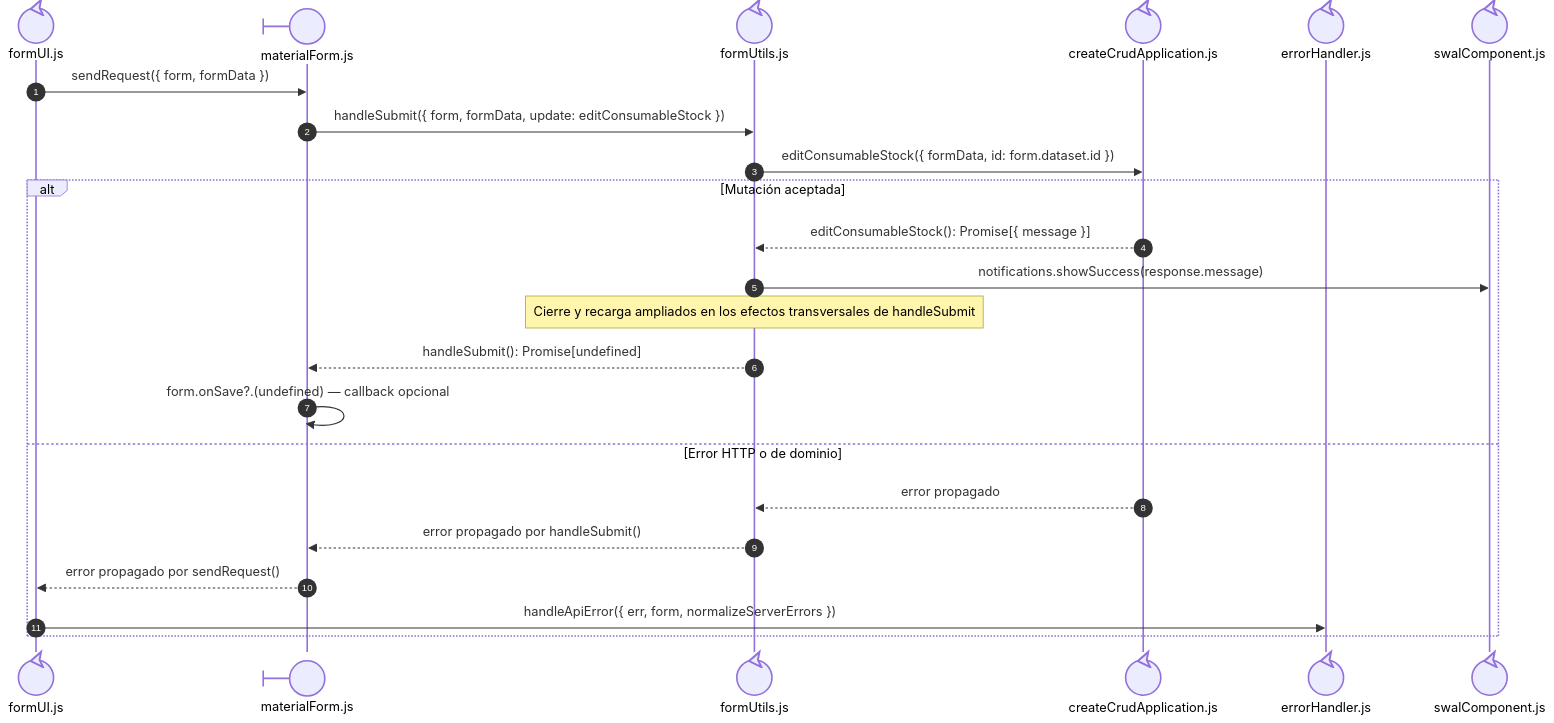
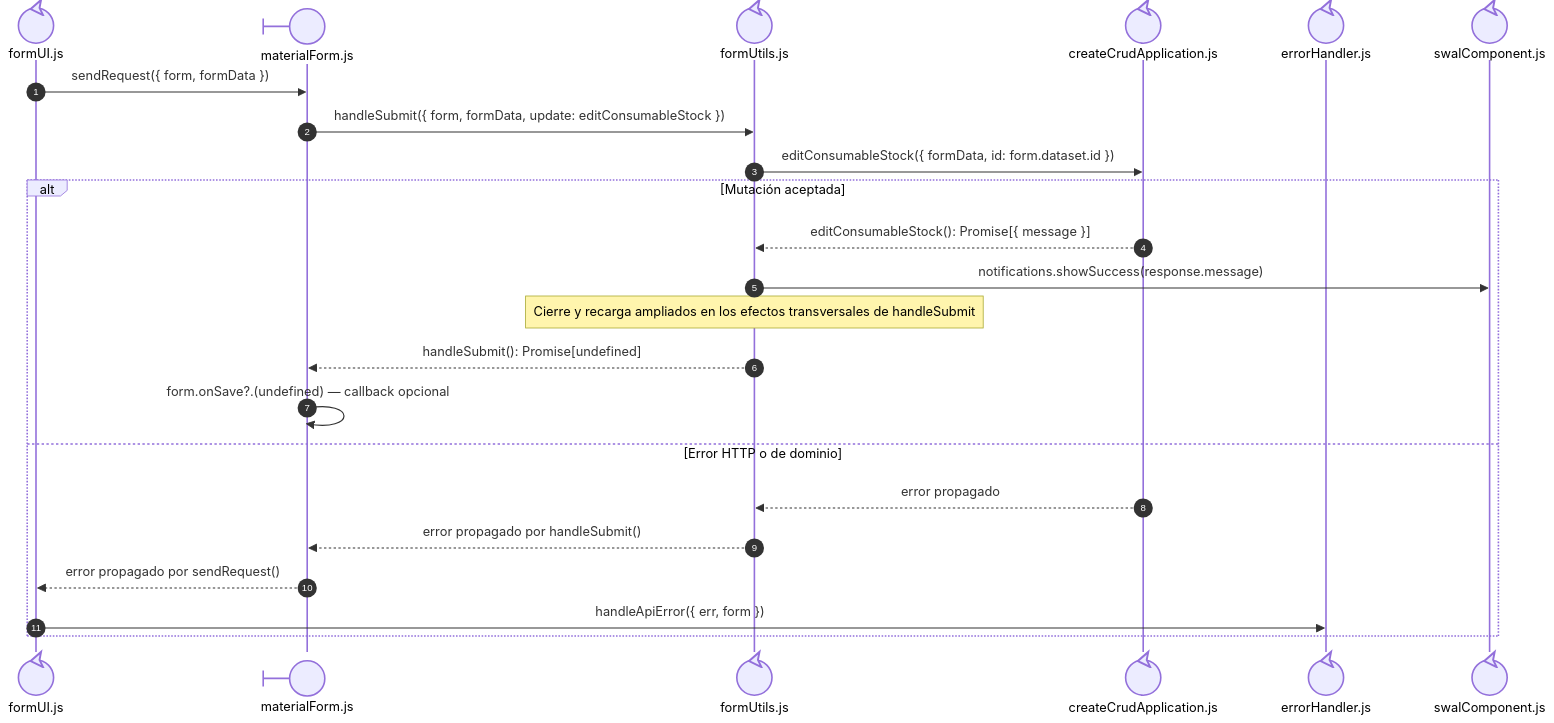
One commit to gpgsistemas01/nexus changed the third of 4 diagrams in docs/architecture/views/processes/frontend-code-sequences/catalogs/cu-alm-21.md. Above: the diagram before and after it, drawn with Mermaid. The commit also changed other lines of this file and 105 other files, not shown here.

````diff
--- a/docs/architecture/views/processes/frontend-code-sequences/catalogs/cu-alm-21.md
+++ b/docs/architecture/views/processes/frontend-code-sequences/catalogs/cu-alm-21.md
@@ -148,27 +148,27 @@
 ```mermaid
 sequenceDiagram
     autonumber
     participant FormCore@{ "type": "control" } as formUI.js
     participant Form@{ "type": "boundary" } as materialForm.js
     participant FormUtils@{ "type": "control" } as formUtils.js
     participant Factory@{ "type": "control" } as createCrudApplication.js
     participant FileErrorHandler@{ "type": "control" } as errorHandler.js
 
     participant FileSwalComponent@{ "type": "control" } as swalComponent.js
 
     FormCore->>Form: sendRequest({ form, formData })
     Form->>FormUtils: handleSubmit({ form, formData, update: editConsumableStock })
     FormUtils->>Factory: editConsumableStock({ formData, id: form.dataset.id })
     alt Mutación aceptada
         Factory-->>FormUtils: editConsumableStock(): Promise[{ message }]
         FormUtils->>FileSwalComponent: notifications.showSuccess(response.message)
         Note over FormUtils: Cierre y recarga ampliados en los efectos transversales de handleSubmit
         FormUtils-->>Form: handleSubmit(): Promise[undefined]
         Form->>Form: form.onSave?.(undefined) — callback opcional
     else Error HTTP o de dominio
         Factory-->>FormUtils: error propagado
         FormUtils-->>Form: error propagado por handleSubmit()
         Form-->>FormCore: error propagado por sendRequest()
-        FormCore->>FileErrorHandler: handleApiError({ err, form, normalizeServerErrors })
+        FormCore->>FileErrorHandler: handleApiError({ err, form })
     end
 ```
````
